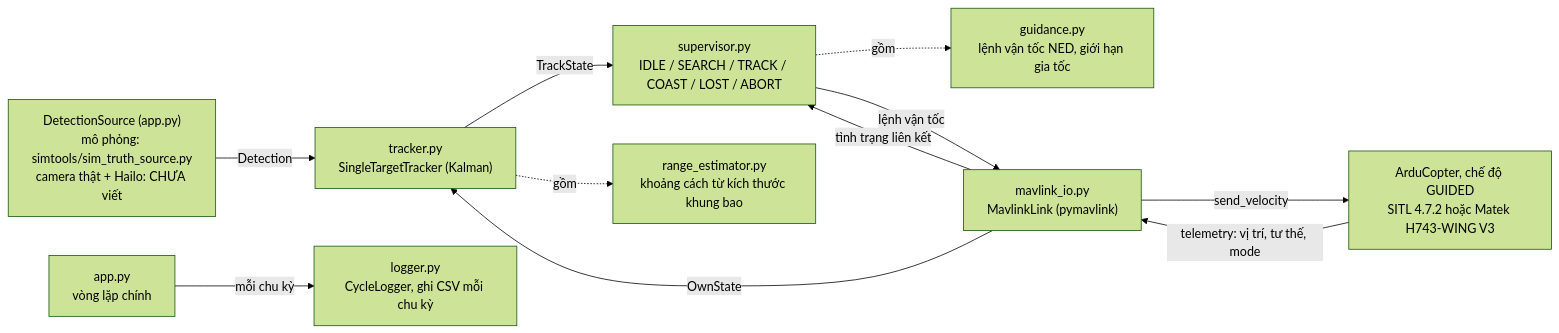
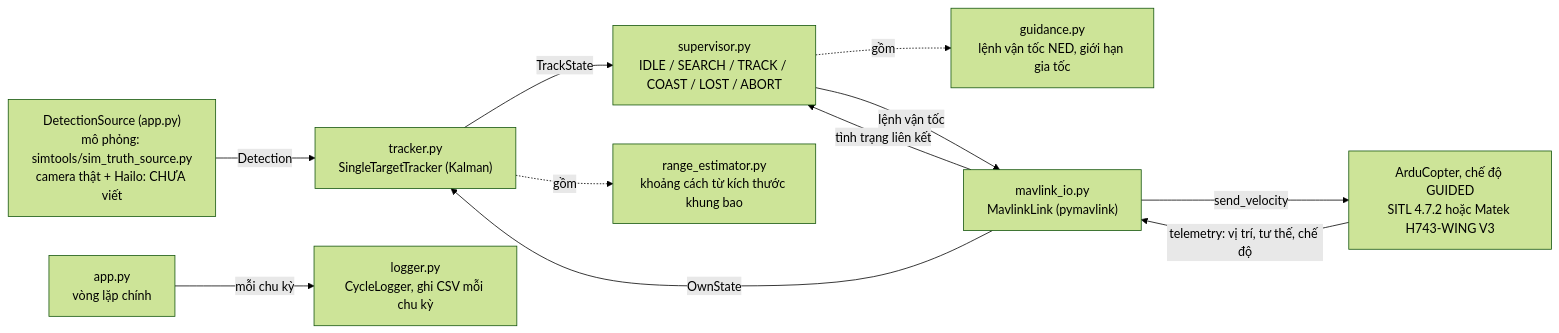
One commit to dctien812/DHTT-Drone-Tracking changed the diagram in README.md. Above: the diagram before and after it, drawn with Mermaid (forest theme). The commit also changed other lines of this file and 3 other files, not shown here.

````diff
--- a/README.md
+++ b/README.md
@@ -75,23 +223,23 @@
 ```mermaid
 flowchart LR
     SRC["DetectionSource (app.py)<br/>mô phỏng: simtools/sim_truth_source.py<br/>camera thật + Hailo: CHƯA viết"]
     TRK["tracker.py<br/>SingleTargetTracker (Kalman)"]
     RNG["range_estimator.py<br/>khoảng cách từ kích thước khung bao"]
     SUP["supervisor.py<br/>IDLE / SEARCH / TRACK / COAST / LOST / ABORT"]
     GUI["guidance.py<br/>lệnh vận tốc NED, giới hạn gia tốc"]
     MAV["mavlink_io.py<br/>MavlinkLink (pymavlink)"]
     FC["ArduCopter, chế độ GUIDED<br/>SITL 4.7.2 hoặc Matek H743-WING V3"]
     APP["app.py<br/>vòng lặp chính"]
     LOG["logger.py<br/>CycleLogger, ghi CSV mỗi chu kỳ"]
 
     SRC -->|"Detection"| TRK
     TRK -->|"TrackState"| SUP
     TRK -.->|"gồm"| RNG
     SUP -.->|"gồm"| GUI
-    FC -->|"telemetry: vị trí, tư thế, mode"| MAV
+    FC -->|"telemetry: vị trí, tư thế, chế độ"| MAV
     MAV -->|"OwnState"| TRK
     MAV -->|"tình trạng liên kết"| SUP
     SUP -->|"lệnh vận tốc"| MAV
     MAV -->|"send_velocity"| FC
     APP -->|"mỗi chu kỳ"| LOG
 ```
````
